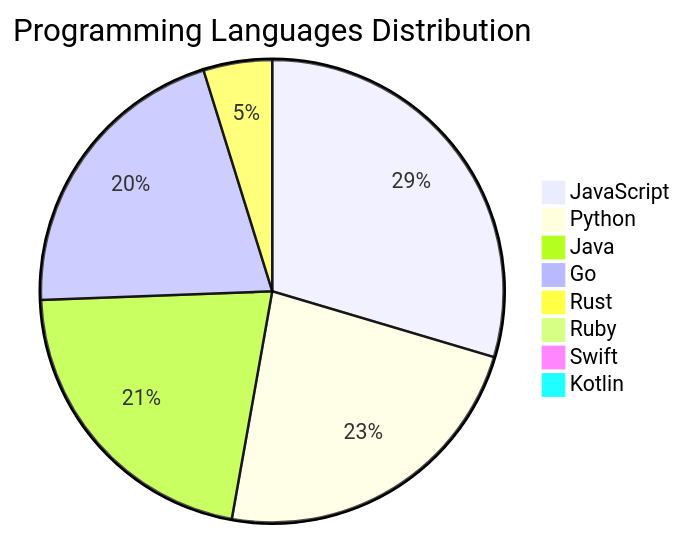
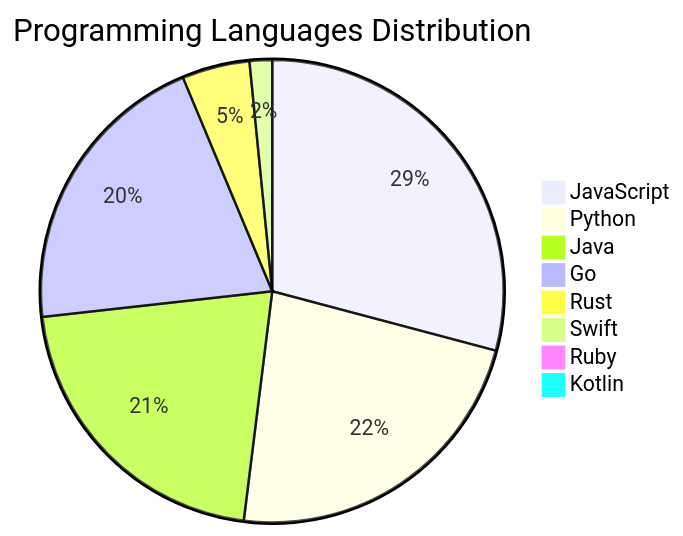
Before and after one commit to Derrick-MUGISHA/github-activity-bot: the diagram in README.md, drawn with Mermaid. The commit also changed other lines of this file and 4 other files, not shown here.

````diff
--- a/README.md
+++ b/README.md
@@ -208,11 +208,11 @@
 ```mermaid
 pie title Programming Languages Distribution
     "JavaScript" : 37
     "Python" : 29
     "Java" : 27
     "Go" : 26
     "Rust" : 6
+    "Swift" : 2
     "Ruby" : 1
-    "Swift" : 1
     "Kotlin" : 1
 ```
````
